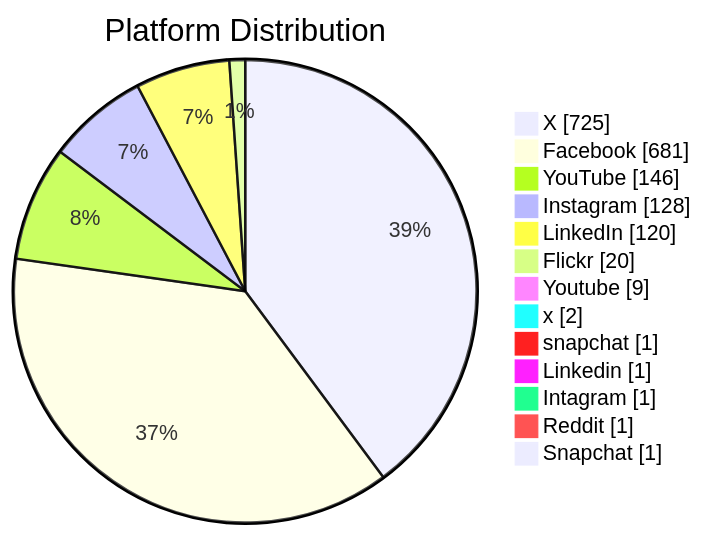
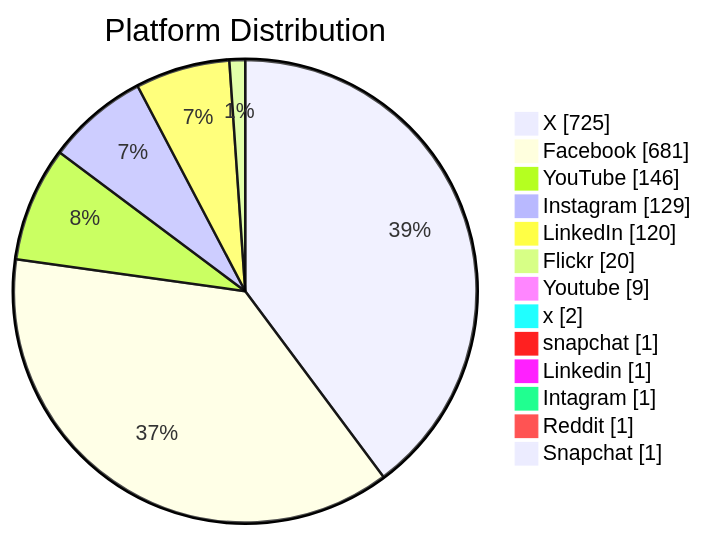
The second of 6 diagrams in README.md (PatLittle/GC-Socials), drawn with Mermaid before and after one commit. The commit also changed other lines of this file, not shown here.

Commit message:
Update README with Platform Distribution pie chart

````diff
--- a/README.md
+++ b/README.md
@@ -46,16 +46,16 @@
 ```mermaid
 pie showData title Platform Distribution
     "X": 725
     "Facebook": 681
     "YouTube": 146
-    "Instagram": 128
+    "Instagram": 129
     "LinkedIn": 120
     "Flickr": 20
     "Youtube": 9
     "x": 2
     "snapchat": 1
     "Linkedin": 1
     "Intagram": 1
     "Reddit": 1
     "Snapchat": 1
 ```
````
